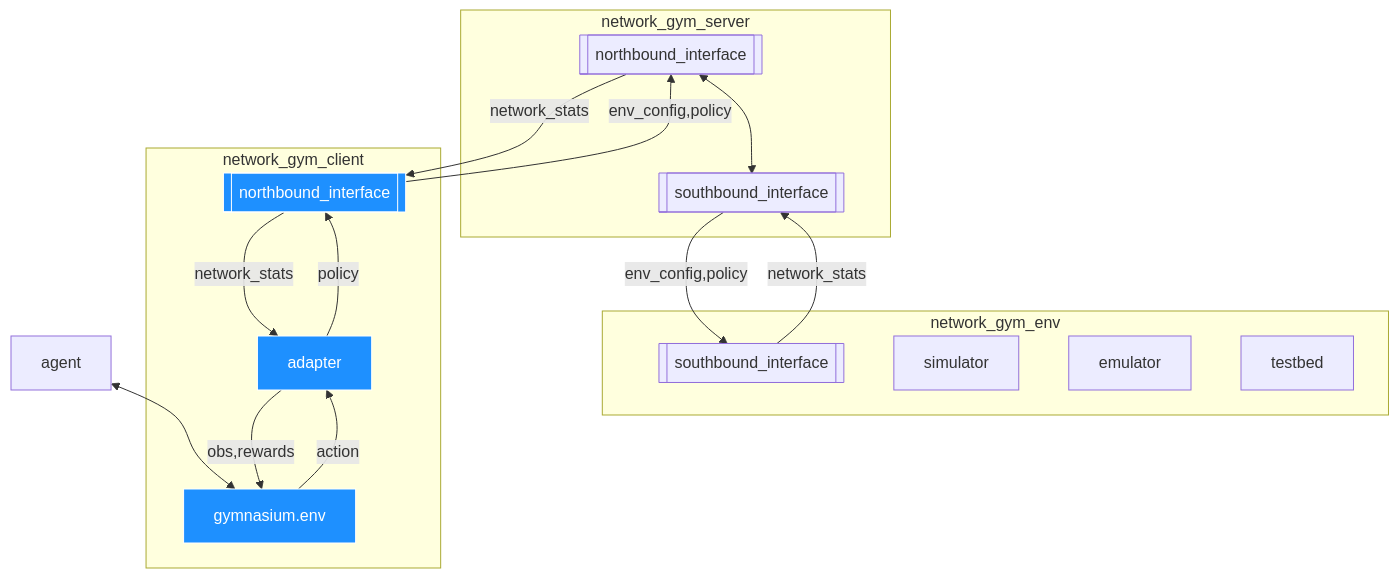
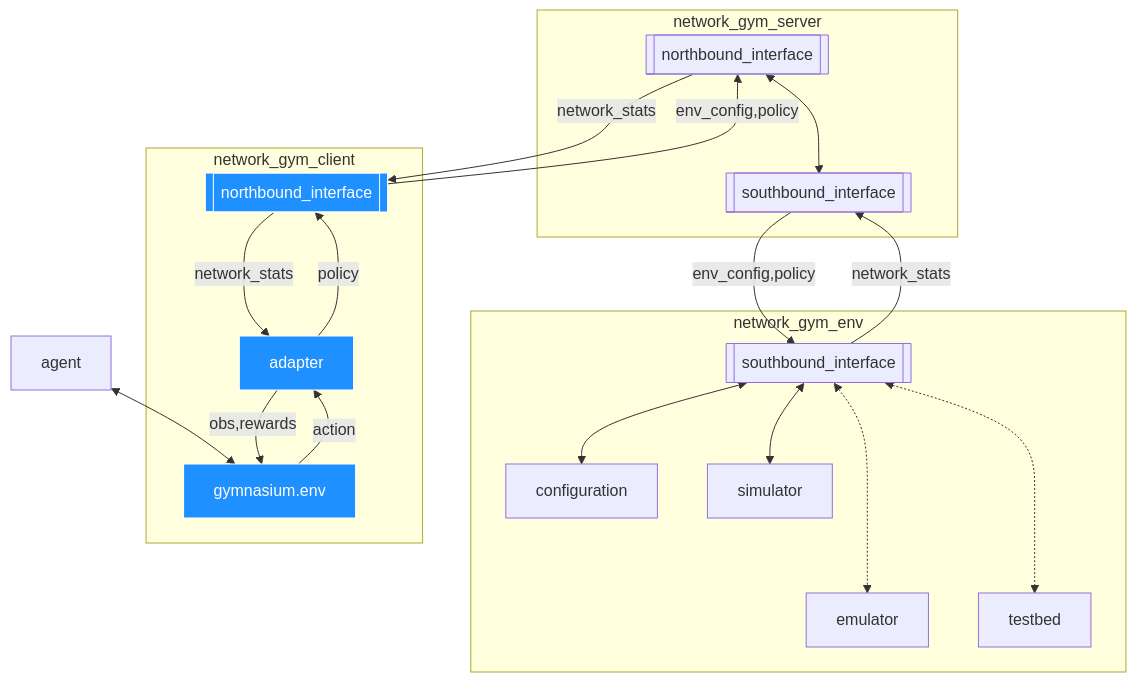
One commit to IntelLabs/networkgym changed the first of 2 diagrams in _sources/content/overview.md. Above: the diagram before and after it, drawn with Mermaid. The commit also changed 48 other files, not shown here.

````diff
--- a/_sources/content/overview.md
+++ b/_sources/content/overview.md
@@ -13,50 +13,50 @@
 ```{mermaid}
 flowchart TB
 
 subgraph network_gym_server
 northbound <--> southbound[[southbound_interface]]
 end
 
 subgraph network_gym_env
-southbound_interface
-simulator
-emulator
-testbed 
+southbound_interface <--> configuration
+southbound_interface <--> simulator
+southbound_interface <-..-> emulator
+southbound_interface <-..-> testbed
 end
 
 agent <--> gymnasium.env
 
 gymnasium.env -- action --> adapter
 adapter -- obs,rewards --> gymnasium.env
 
 subgraph network_gym_client
 gymnasium.env
 adapter
 northbound_interface[[northbound_interface]]
 end
 
 
 
 adapter --policy--> northbound_interface
 northbound_interface --network_stats--> adapter
 
 
 northbound_interface --env_config,policy--> northbound[[northbound_interface]]
 northbound --network_stats--> northbound_interface
 
 
 
 
 southbound --env_config,policy--> southbound_interface[[southbound_interface]]
 southbound_interface --network_stats--> southbound
 
 
 click gymnasium.env "/api/network_gym_client/env.html" _blank
 style gymnasium.env fill:#1E90FF,color:white,stroke:white
 
 click adapter "/api/network_gym_client/adapter.html" _blank
 style adapter fill:#1E90FF,color:white,stroke:white
 
 click northbound_interface "/api/network_gym_client/northbound_interface.html" _blank
 style northbound_interface fill:#1E90FF,color:white,stroke:white
 ```
````
